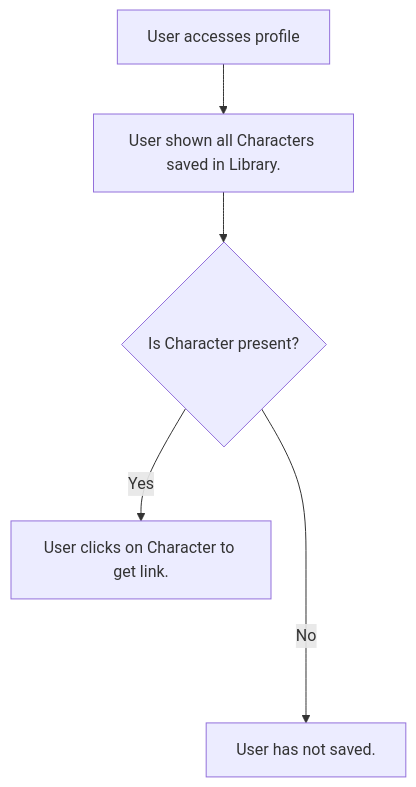
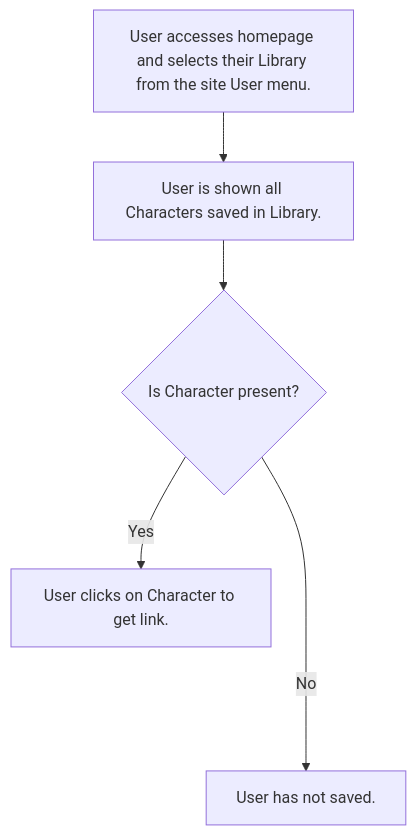
One commit to Wren00/create-an-orc changed the fifth of 6 diagrams in README.md. Above: the diagram before and after it, drawn with Mermaid. The commit also changed other lines of this file, not shown here.

````diff
--- a/README.md
+++ b/README.md
@@ -589,6 +563,6 @@
 ```mermaid
 flowchart TD
-	A[User accesses profile] --> B[User shown all Characters saved in Library.] --> C{Is Character present?}
+	A[User accesses homepage and selects their Library from the site User menu.] --> B[User is shown all Characters saved in Library.] --> C{Is Character present?}
 	C -- Yes --> D[User clicks on Character to get link.]
 	C -- No ----> E[User has not saved.] 
 ```
````
